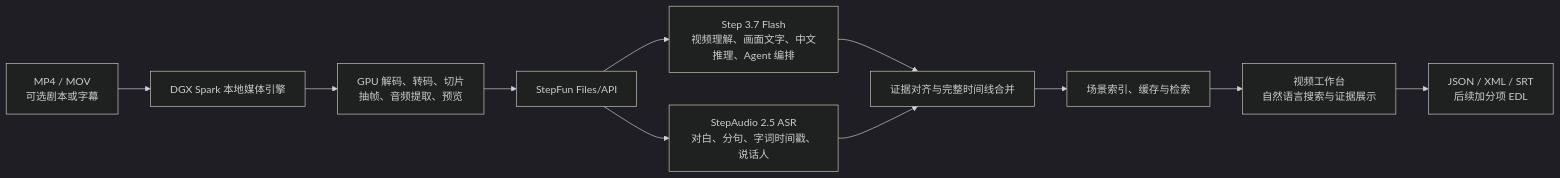
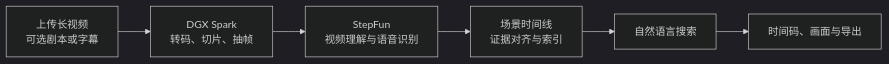
One commit to MaoDingA/ShotSeek changed the diagram in README.md. Above: the diagram before and after it, drawn with Mermaid (dark theme). The commit also changed other lines of this file, not shown here.

```diff
--- a/README.md
+++ b/README.md
@@ -55,13 +25,8 @@
 ~~~mermaid
 flowchart LR
-    A["MP4 / MOV<br/>可选剧本或字幕"] --> B["DGX Spark 本地媒体引擎"]
-    B --> B1["GPU 解码、转码、切片<br/>抽帧、音频提取、预览"]
-    B1 --> C["StepFun Files/API"]
-    C --> D["Step 3.7 Flash<br/>视频理解、画面文字、中文推理、Agent 编排"]
-    C --> E["StepAudio 2.5 ASR<br/>对白、分句、字词时间戳、说话人"]
-    D --> F["证据对齐与完整时间线合并"]
-    E --> F
-    F --> G["场景索引、缓存与检索"]
-    G --> H["视频工作台<br/>自然语言搜索与证据展示"]
-    H --> I["JSON / XML / SRT<br/>后续加分项 EDL"]
+    A["上传长视频<br/>可选剧本或字幕"] --> B["DGX Spark<br/>转码、切片、抽帧"]
+    B --> C["StepFun<br/>视频理解与语音识别"]
+    C --> D["场景时间线<br/>证据对齐与索引"]
+    D --> E["自然语言搜索"]
+    E --> F["时间码、画面与导出"]
 ~~~
```
